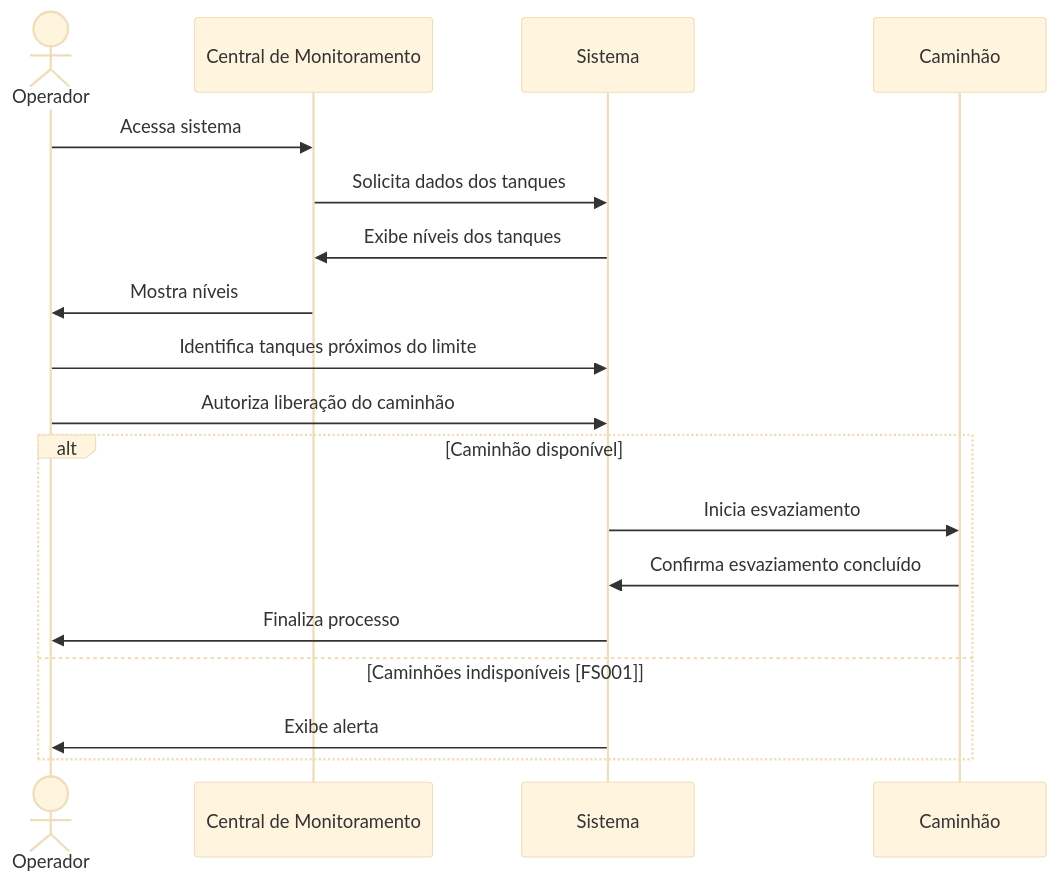
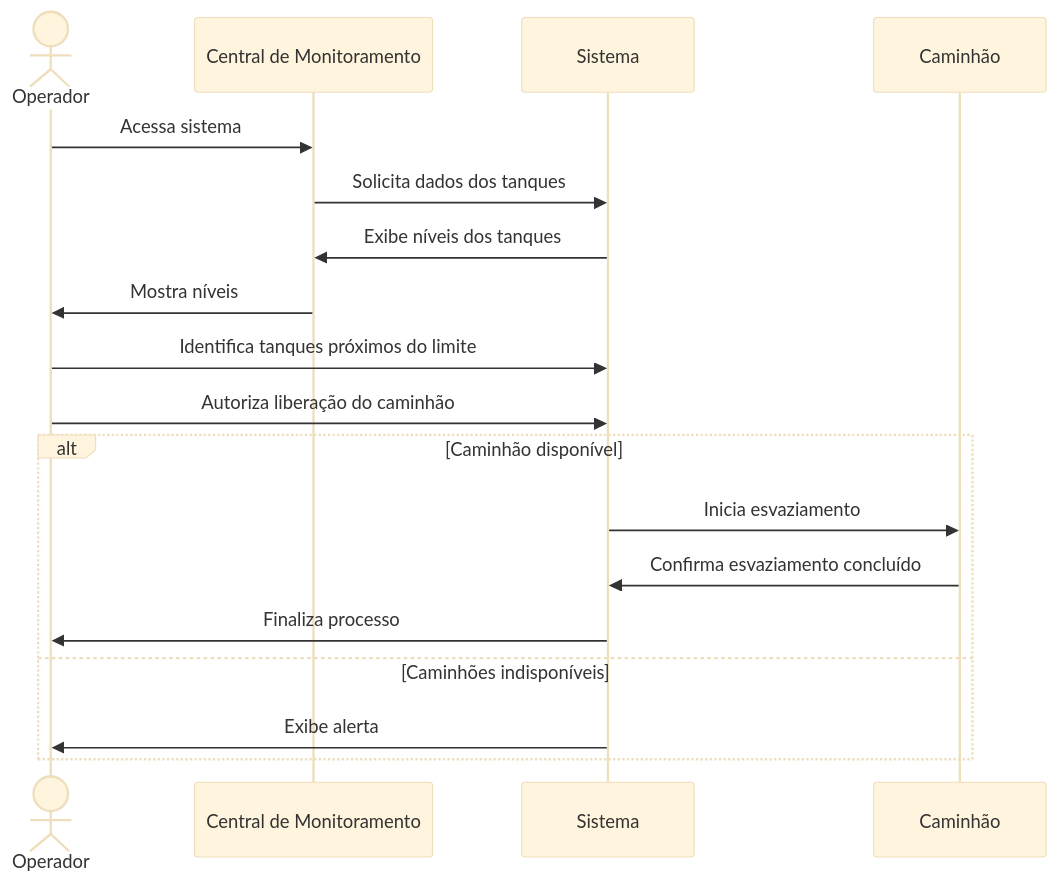
One commit to gbalbuquerque/IndustriaTintas changed the fourth of 20 diagrams in README.md. Above: the diagram before and after it, drawn with Mermaid (base theme). The commit also changed other lines of this file, not shown here.

````diff
--- a/README.md
+++ b/README.md
@@ -265,24 +265,24 @@
 ```mermaid
 sequenceDiagram
    actor Operador
     participant Central de Monitoramento
     participant Sistema
     participant Caminhão
 
     Operador->>Central de Monitoramento: Acessa sistema
     Central de Monitoramento->>Sistema: Solicita dados dos tanques
     Sistema->>Central de Monitoramento: Exibe níveis dos tanques
     Central de Monitoramento->>Operador: Mostra níveis
 
     Operador->>Sistema: Identifica tanques próximos do limite
     Operador->>Sistema: Autoriza liberação do caminhão
 
     alt Caminhão disponível
         Sistema->>Caminhão: Inicia esvaziamento
         Caminhão->>Sistema: Confirma esvaziamento concluído
         Sistema->>Operador: Finaliza processo
-    else Caminhões indisponíveis [FS001]
+    else Caminhões indisponíveis
         Sistema->>Operador: Exibe alerta
     end
 
 ```
````
